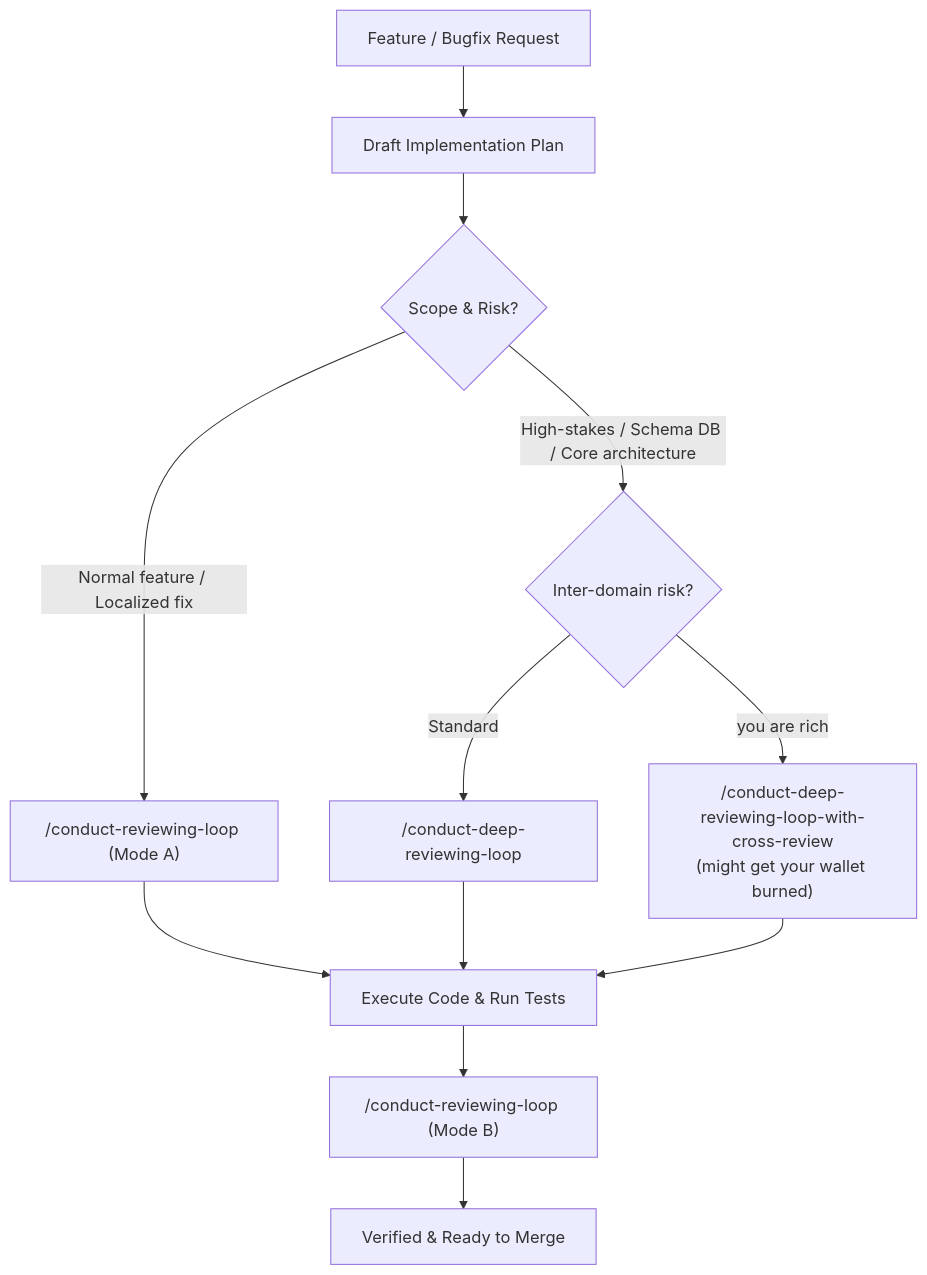
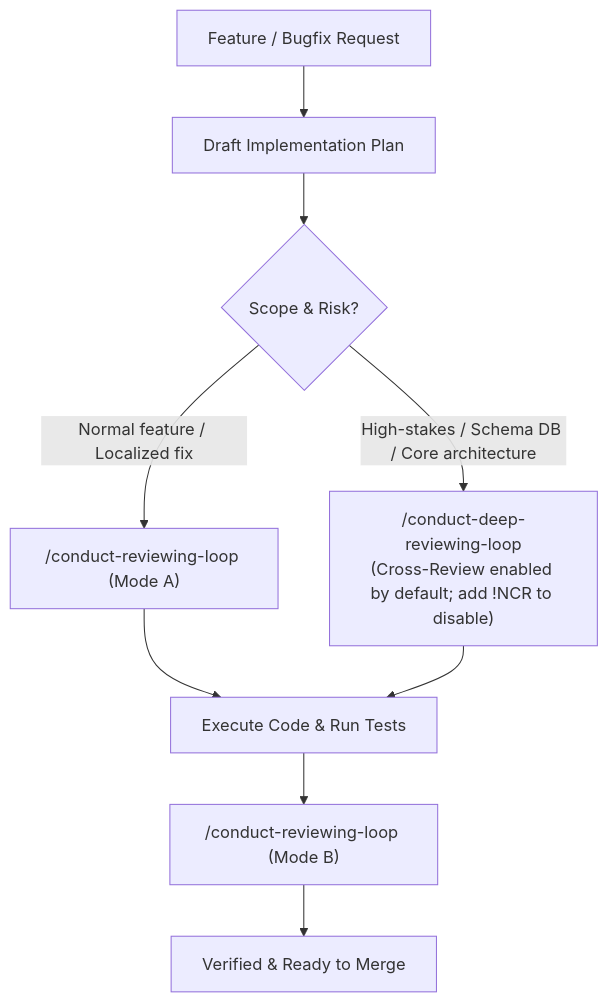
Before and after one commit to loerei/conduct-reviewing-loop: the diagram in README.md, drawn with Mermaid. The commit also changed other lines of this file and 1 other file, not shown here.

Commit message:
docs(plugin): bump plugin to v2.0.0 and update README for consolidated deep review

````diff
--- a/README.md
+++ b/README.md
@@ -32,17 +32,14 @@
 ```mermaid
 flowchart TD
     Idea["Feature / Bugfix Request"] --> Plan["Draft Implementation Plan"]
     Plan --> Decision{"Scope & Risk?"}
     
     Decision -->|"Normal feature / Localized fix"| ModeA["/conduct-reviewing-loop (Mode A)"]
-    Decision -->|"High-stakes / Schema DB / Core architecture"| DeepChoice{"Inter-domain risk?"}
-    DeepChoice -->|"Standard"| Deep["/conduct-deep-reviewing-loop"]
-    DeepChoice -->|"you are rich"| Cross["/conduct-deep-reviewing-loop-with-cross-review<br/>(might get your wallet burned)"]
+    Decision -->|"High-stakes / Schema DB / Core architecture"| Deep["/conduct-deep-reviewing-loop<br/>(Cross-Review enabled by default; add !NCR to disable)"]
     
     ModeA --> Implement["Execute Code & Run Tests"]
     Deep --> Implement
-    Cross --> Implement
     
     Implement --> ModeB["/conduct-reviewing-loop (Mode B)"]
     ModeB --> Done["Verified & Ready to Merge"]
 ```
````
